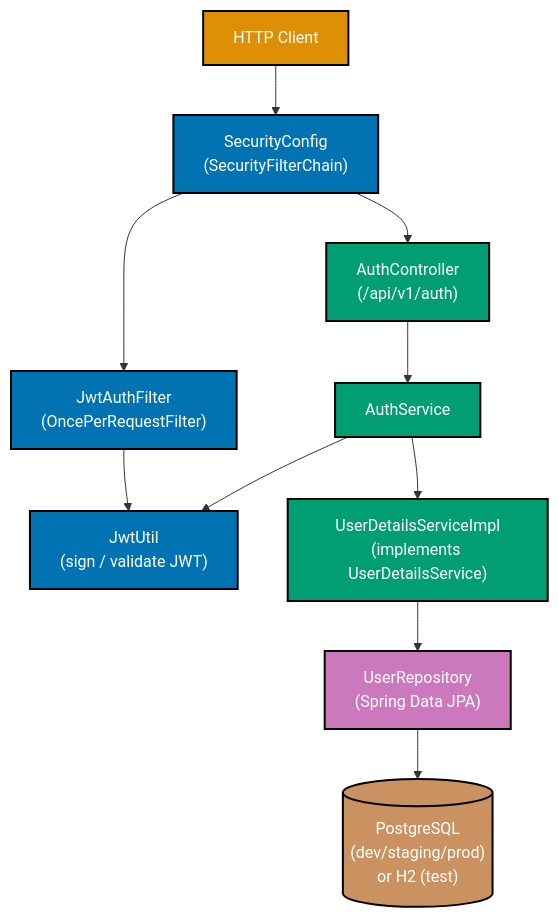
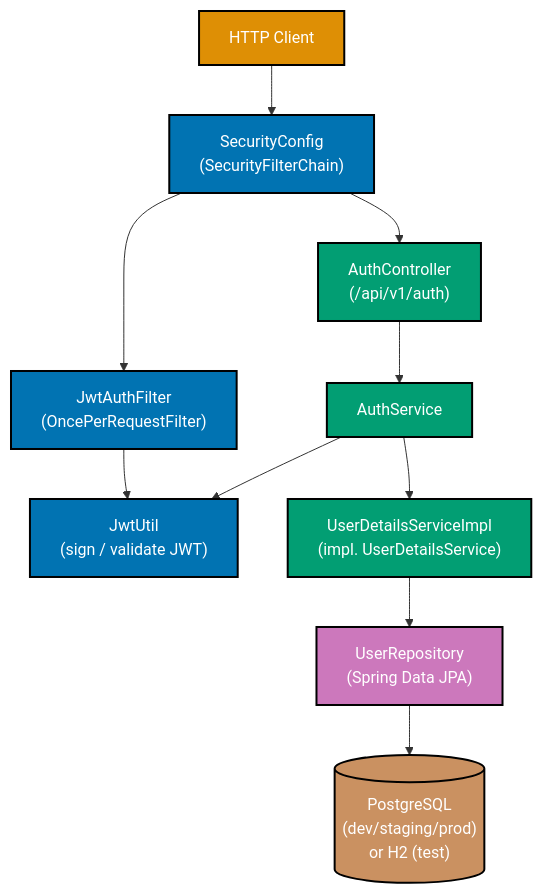
One commit to wahidyankf/open-sharia-enterprise changed the diagram in plans/done/2026-04-22__auth-register-login/tech-docs.md. Above: the diagram before and after it, drawn with Mermaid. The commit also changed 17 other files, not shown here.

First line of the commit message:
fix(mermaid): fix pre-existing diagram violations exposed by changed-only gate

````diff
--- a/plans/done/2026-04-22__auth-register-login/tech-docs.md
+++ b/plans/done/2026-04-22__auth-register-login/tech-docs.md
@@ -11,29 +11,29 @@
 ```mermaid
 %% Color Palette: Blue #0173B2, Orange #DE8F05, Teal #029E73, Purple #CC78BC, Brown #CA9161
 graph TD
     Client["HTTP Client"]:::orange
     JwtFilter["JwtAuthFilter<br/>(OncePerRequestFilter)"]:::blue
     SecurityConfig["SecurityConfig<br/>(SecurityFilterChain)"]:::blue
     JwtUtil["JwtUtil<br/>(sign / validate JWT)"]:::blue
     AuthController["AuthController<br/>(/api/v1/auth)"]:::teal
     AuthService["AuthService"]:::teal
-    UserDetailsService["UserDetailsServiceImpl<br/>(implements UserDetailsService)"]:::teal
+    UserDetailsService["UserDetailsServiceImpl<br/>(impl. UserDetailsService)"]:::teal
     UserRepository["UserRepository<br/>(Spring Data JPA)"]:::purple
     DB[("PostgreSQL<br/>(dev/staging/prod)<br/>or H2 (test)")]:::brown
 
     Client --> SecurityConfig
     SecurityConfig --> JwtFilter
     JwtFilter --> JwtUtil
     SecurityConfig --> AuthController
     AuthController --> AuthService
     AuthService --> UserDetailsService
     AuthService --> JwtUtil
     UserDetailsService --> UserRepository
     UserRepository --> DB
 
     classDef blue fill:#0173B2,stroke:#000000,color:#FFFFFF,stroke-width:2px
     classDef orange fill:#DE8F05,stroke:#000000,color:#FFFFFF,stroke-width:2px
     classDef teal fill:#029E73,stroke:#000000,color:#FFFFFF,stroke-width:2px
     classDef purple fill:#CC78BC,stroke:#000000,color:#FFFFFF,stroke-width:2px
     classDef brown fill:#CA9161,stroke:#000000,color:#FFFFFF,stroke-width:2px
 ```
````
